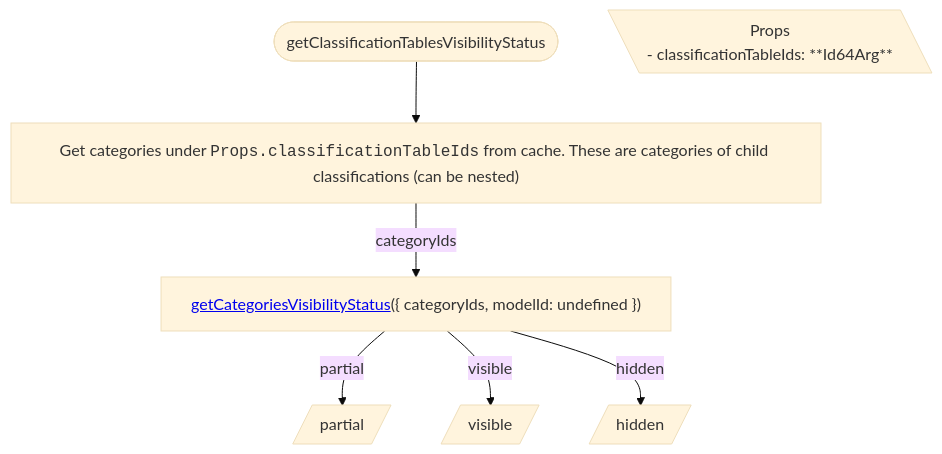
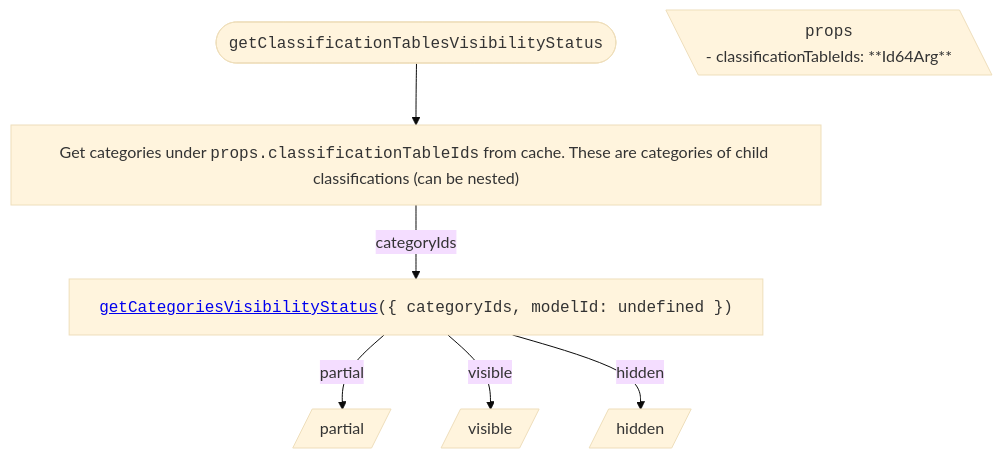
The first of 2 diagrams in packages/itwin/tree-widget/docs/ClassificationsTreeVisibilityHandling.md (iTwin/viewer-components-react), drawn with Mermaid (base theme) before and after one commit. The commit also changed other lines of this file and 4 other files, not shown here.

````diff
--- a/packages/itwin/tree-widget/docs/ClassificationsTreeVisibilityHandling.md
+++ b/packages/itwin/tree-widget/docs/ClassificationsTreeVisibilityHandling.md
@@ -13,29 +21,29 @@
 ```mermaid
 ---
 config:
   flowchart:
     wrappingWidth: 750
     useMaxWidth: false
 ---
 
 flowchart TD
   RESULT_Partial[/partial/]
   RESULT_Visible[/visible/]
   RESULT_Hidden[/hidden/]
 
 
   %% Start
-  TITLE([getClassificationTablesVisibilityStatus]) --> A["Get categories under <code>Props.classificationTableIds</code> from cache. These are categories of child classifications (can be nested)"]
+  TITLE(["<code>getClassificationTablesVisibilityStatus</code>"]) --> A["Get categories under <code>props.classificationTableIds</code> from cache. These are categories of child classifications (can be nested)"]
 
   PROPS[\"
-    Props
+    <code>props</code>
     <div style='text-align: left;'>- classificationTableIds: **Id64Arg**</div>
   "\]
 
-  A -- categoryIds --> B["<a href='./SharedVisibilityHandling.md#getcategoriesvisibilitystatus'>getCategoriesVisibilityStatus</a>({ categoryIds, modelId: undefined })"]
+  A -- categoryIds --> B["<code><a href='./SharedVisibilityHandling.md#getcategoriesvisibilitystatus'>getCategoriesVisibilityStatus</a>({ categoryIds, modelId: undefined })</code>"]
 
   %% Results
   B -- partial --> RESULT_Partial
   B -- visible --> RESULT_Visible
   B -- hidden --> RESULT_Hidden
 ```
````
